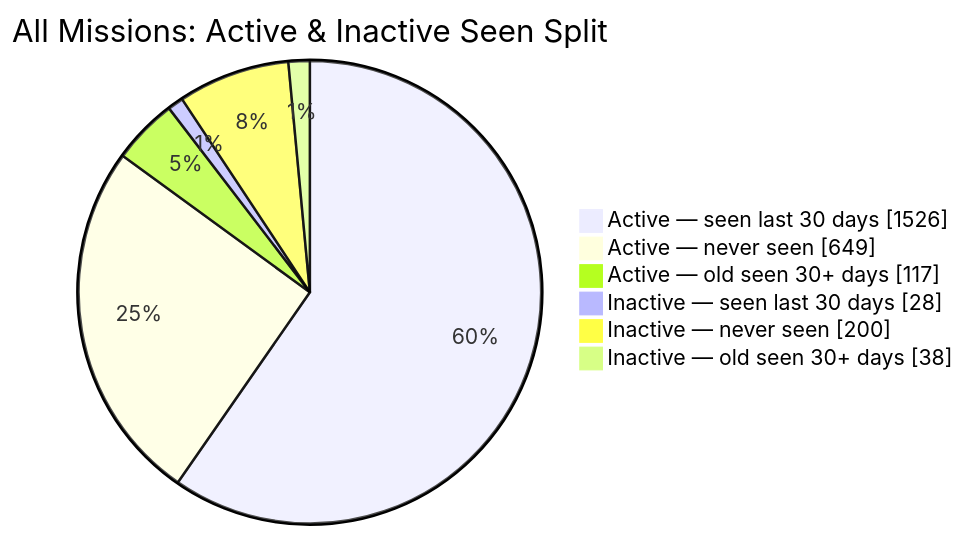
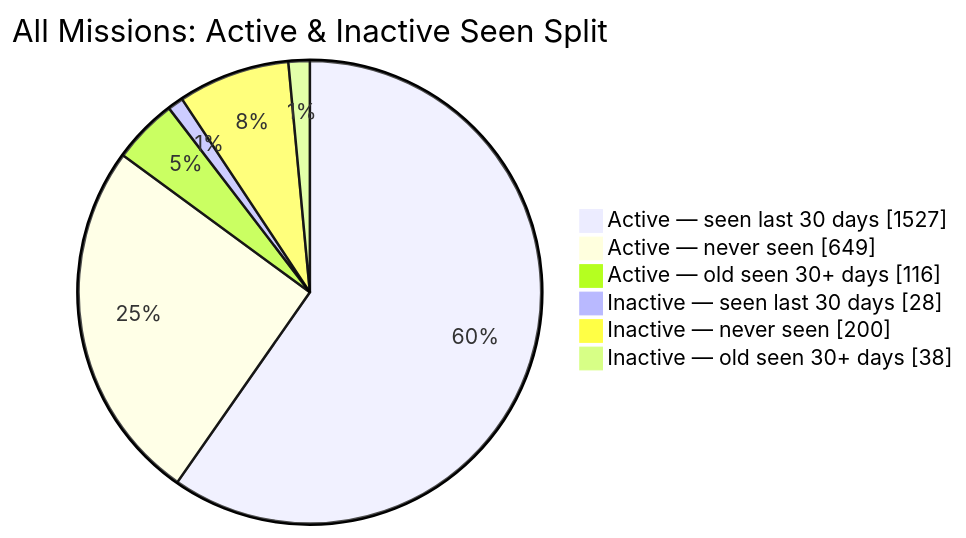
The second of 2 diagrams in README.md (MeldkamerspelGameTeam/active-missions), drawn with Mermaid before and after one commit. The commit also changed other lines of this file and 2 other files, not shown here.

````diff
--- a/README.md
+++ b/README.md
@@ -44,10 +44,10 @@
 ```mermaid
 pie showData
     title All Missions: Active & Inactive Seen Split
-    "Active — seen last 30 days" : 1526
+    "Active — seen last 30 days" : 1527
     "Active — never seen" : 649
-    "Active — old seen 30+ days" : 117
+    "Active — old seen 30+ days" : 116
     "Inactive — seen last 30 days" : 28
     "Inactive — never seen" : 200
     "Inactive — old seen 30+ days" : 38
 ```
````
